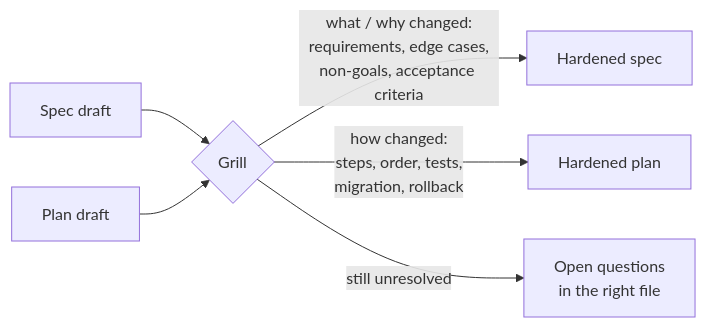
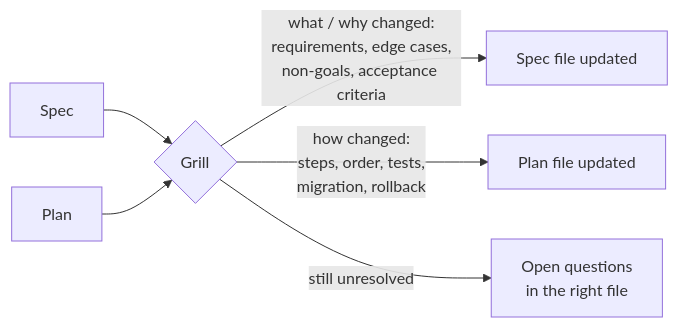
The second of 4 diagrams in levels/L3-spec-plan-code.md (tomschinelli/ai-engineering-guide), drawn with Mermaid before and after one commit. The commit also changed other lines of this file and 1 other file, not shown here.

First line of the commit message:
L3: rework workflow to Spec → Plan → Slices → PR

````diff
--- a/levels/L3-spec-plan-code.md
+++ b/levels/L3-spec-plan-code.md
@@ -165,8 +308,8 @@
 ```mermaid
 flowchart LR
-    S[Spec draft] --> G{Grill}
-    P[Plan draft] --> G
-    G -- "what / why changed:<br/>requirements, edge cases,<br/>non-goals, acceptance criteria" --> S2[Hardened spec]
-    G -- "how changed:<br/>steps, order, tests,<br/>migration, rollback" --> P2[Hardened plan]
+    S[Spec] --> G{Grill}
+    P[Plan] --> G
+    G -- "what / why changed:<br/>requirements, edge cases,<br/>non-goals, acceptance criteria" --> S2[Spec file updated]
+    G -- "how changed:<br/>steps, order, tests,<br/>migration, rollback" --> P2[Plan file updated]
     G -- "still unresolved" --> O[Open questions<br/>in the right file]
 ```
````
